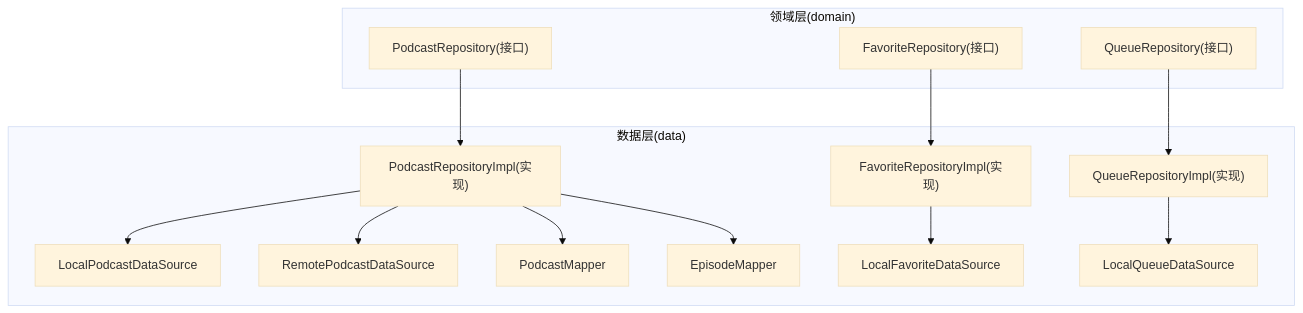
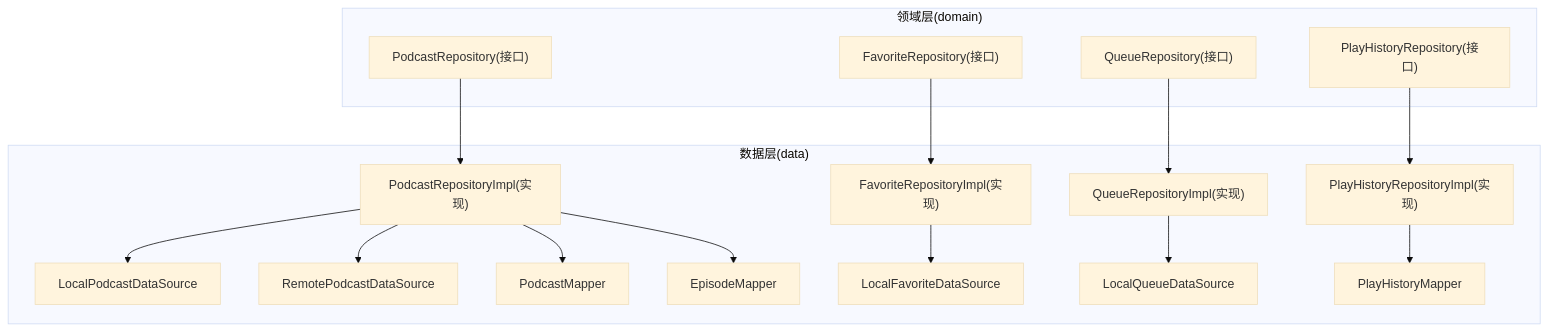
One commit to ZTfer/Tinycast changed the first of 9 diagrams in .qoder/repowiki/zh/content/架构设计/设计模式应用/Repository Pattern（仓库模式）.md. Above: the diagram before and after it, drawn with Mermaid (base theme). The commit also changed other lines of this file and 187 other files, not shown here.

````diff
--- a/.qoder/repowiki/zh/content/架构设计/设计模式应用/Repository Pattern（仓库模式）.md
+++ b/.qoder/repowiki/zh/content/架构设计/设计模式应用/Repository Pattern（仓库模式）.md
@@ -43,28 +57,33 @@
 ```mermaid
 graph TB
 subgraph "领域层(domain)"
 PR["PodcastRepository(接口)"]
 FR["FavoriteRepository(接口)"]
 QR["QueueRepository(接口)"]
+PHR["PlayHistoryRepository(接口)"]
 end
 subgraph "数据层(data)"
 PRI["PodcastRepositoryImpl(实现)"]
 FRI["FavoriteRepositoryImpl(实现)"]
 QRI["QueueRepositoryImpl(实现)"]
+PHRI["PlayHistoryRepositoryImpl(实现)"]
 LPDS["LocalPodcastDataSource"]
 RPDS["RemotePodcastDataSource"]
 LFDS["LocalFavoriteDataSource"]
 LQDS["LocalQueueDataSource"]
 PM["PodcastMapper"]
 EM["EpisodeMapper"]
+PHM["PlayHistoryMapper"]
 end
 PR --> PRI
 FR --> FRI
 QR --> QRI
+PHR --> PHRI
 PRI --> LPDS
 PRI --> RPDS
 PRI --> PM
 PRI --> EM
 FRI --> LFDS
 QRI --> LQDS
+PHRI --> PHM
 ```
````
